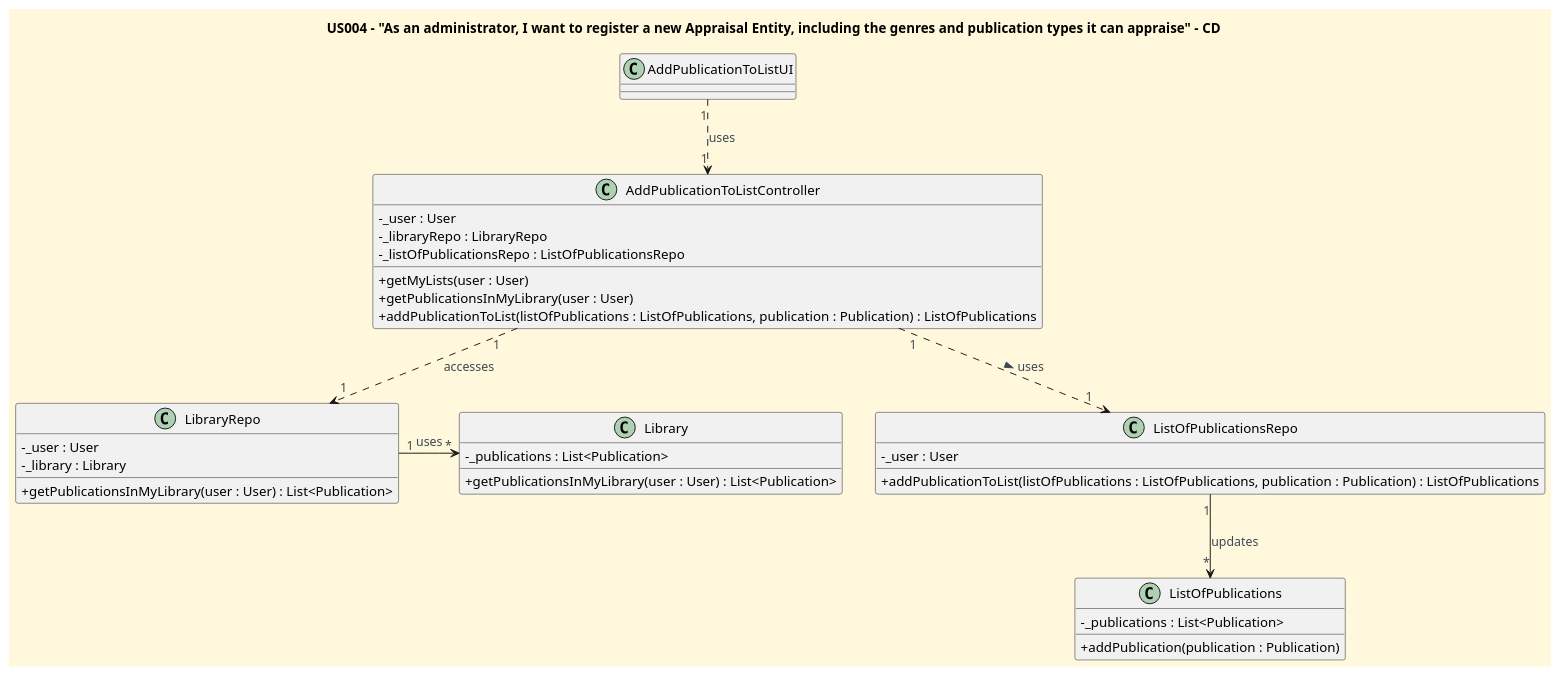
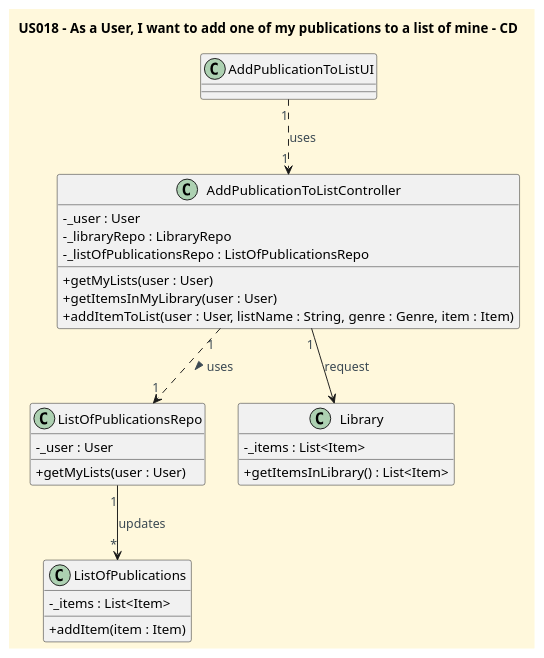
Before and after one commit to CarolinaLeite-collab/JavaMarketplacePlatform: the diagram in docs/userStories/US018/US018_add_mypublication_to_mylist_CD.puml, drawn with PlantUML. The commit also changed 1 other file, not shown here.

```diff
--- a/docs/userStories/US018/US018_add_mypublication_to_mylist_CD.puml
+++ b/docs/userStories/US018/US018_add_mypublication_to_mylist_CD.puml
@@ -1,57 +1,50 @@
 @startuml
 'https://plantuml.com/class-diagram
-title US004 – "As an administrator, I want to register a new Appraisal Entity, including the genres and publication types it can appraise" - CD
+title US018 - As a User, I want to add one of my publications to a list of mine - CD
 
 
 '==== basic style ====
 skinparam monochrome false
 skinparam shadowing false
 skinparam defaultFontName Futura
 skinparam objectFontSize 20
 skinparam backgroundColor CornSilk
 skinparam objectBackgroundColor WhiteSmoke
 skinparam noteBackgroundColor #FFFFE0
 skinparam ArrowFontColor #3B4953
 skinparam ActivationBackgroundColor black
 skinparam classAttributeIconSize 0
 
 class AddPublicationToListUI {
 }
 
 class AddPublicationToListController {
 - _user : User
 - _libraryRepo : LibraryRepo
 - _listOfPublicationsRepo : ListOfPublicationsRepo
 + getMyLists(user : User)
-+ getPublicationsInMyLibrary(user : User)
-+ addPublicationToList(listOfPublications : ListOfPublications, publication : Publication) : ListOfPublications
++ getItemsInMyLibrary(user : User)
++ addItemToList(user : User, listName : String, genre : Genre, item : Item)
 }
 
 class ListOfPublicationsRepo {
 -_user : User
-+ addPublicationToList(listOfPublications : ListOfPublications, publication : Publication) : ListOfPublications
-}
-
-class LibraryRepo {
-- _user : User
-- _library : Library
-+ getPublicationsInMyLibrary(user : User) : List<Publication>
++ getMyLists(user : User)
 }
 
 class Library {
--_publications : List<Publication>
-+ getPublicationsInMyLibrary(user : User) : List<Publication>
+-_items : List<Item>
++ getItemsInLibrary() : List<Item>
 }
 
 class ListOfPublications{
-- _publications : List<Publication>
-+ addPublication(publication : Publication)
+- _items : List<Item>
++ addItem(item : Item)
 }
 
 AddPublicationToListUI "1" ..> "1" AddPublicationToListController : uses
-AddPublicationToListController "1" ..> "1" LibraryRepo : accesses
-LibraryRepo "1" -> "*" Library : uses
 AddPublicationToListController "1" ..> "1"ListOfPublicationsRepo : uses >
 ListOfPublicationsRepo "1" --> "*" ListOfPublications : updates
+AddPublicationToListController "1" --> Library : request
 
 @enduml
```
